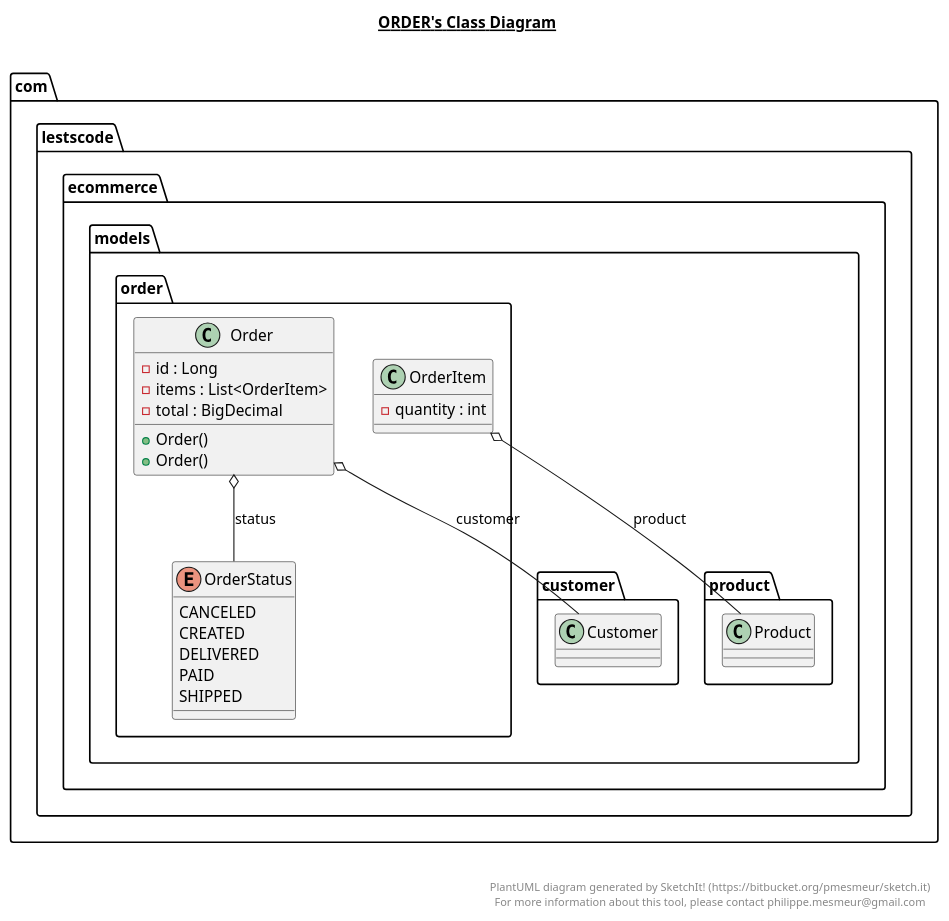
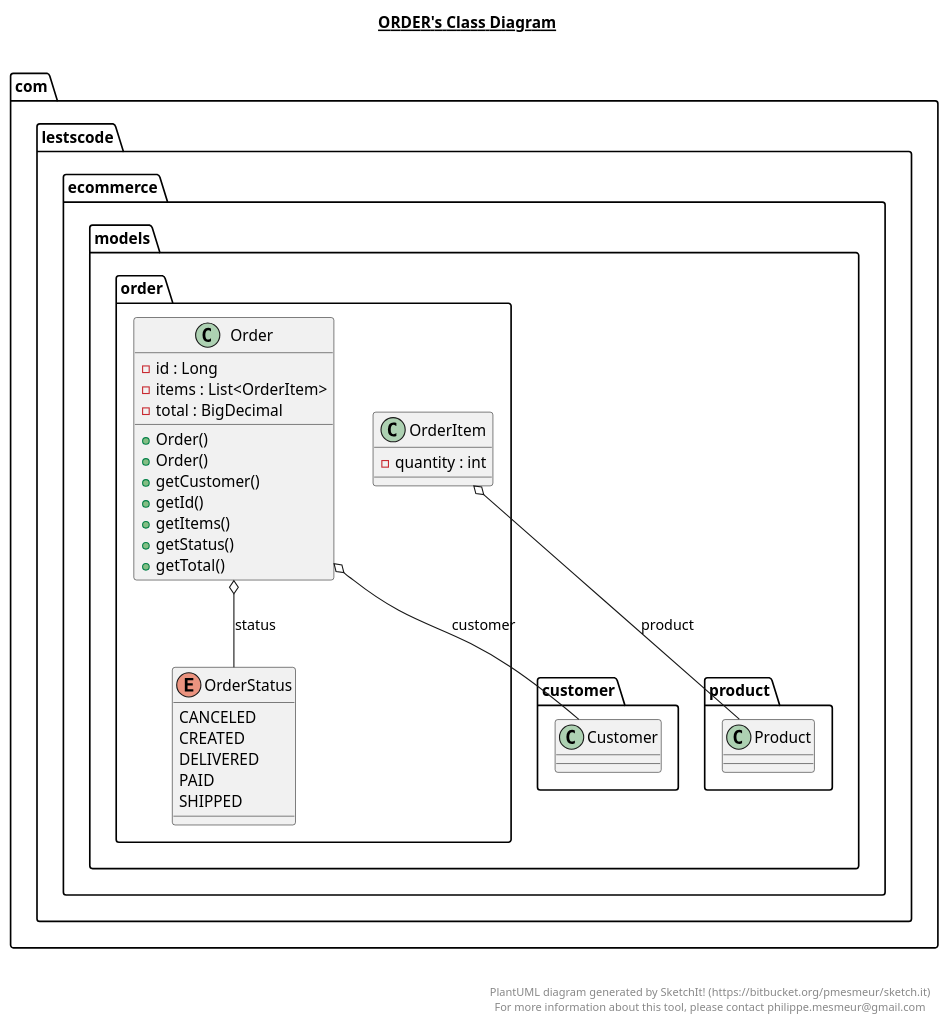
Before and after one commit to heyder48/ecommerce: the diagram in src/main/java/com/lestscode/ecommerce/models/order/order.plantuml, drawn with PlantUML. The commit also changed 33 other files, not shown here.

```diff
--- a/src/main/java/com/lestscode/ecommerce/models/order/order.plantuml
+++ b/src/main/java/com/lestscode/ecommerce/models/order/order.plantuml
@@ -1,58 +1,63 @@
 @startuml
 
 title __ORDER's Class Diagram__\n
 
   namespace com.lestscode.ecommerce {
     namespace models {
       namespace order {
         class com.lestscode.ecommerce.models.order.Order {
             - id : Long
             - items : List<OrderItem>
             - total : BigDecimal
             + Order()
             + Order()
+            + getCustomer()
+            + getId()
+            + getItems()
+            + getStatus()
+            + getTotal()
         }
       }
     }
   }
   
 
   namespace com.lestscode.ecommerce {
     namespace models {
       namespace order {
         class com.lestscode.ecommerce.models.order.OrderItem {
             - quantity : int
         }
       }
     }
   }
   
 
   namespace com.lestscode.ecommerce {
     namespace models {
       namespace order {
         enum OrderStatus {
           CANCELED
           CREATED
           DELIVERED
           PAID
           SHIPPED
         }
       }
     }
   }
   
 
   com.lestscode.ecommerce.models.order.Order o-- com.lestscode.ecommerce.models.customer.Customer : customer
   com.lestscode.ecommerce.models.order.Order o-- com.lestscode.ecommerce.models.order.OrderStatus : status
   com.lestscode.ecommerce.models.order.OrderItem o-- com.lestscode.ecommerce.models.product.Product : product
 
 
 right footer
 
 
 PlantUML diagram generated by SketchIt! (https://bitbucket.org/pmesmeur/sketch.it)
 For more information about this tool, please contact philippe.mesmeur@gmail.com
 endfooter
 
 @enduml
```
